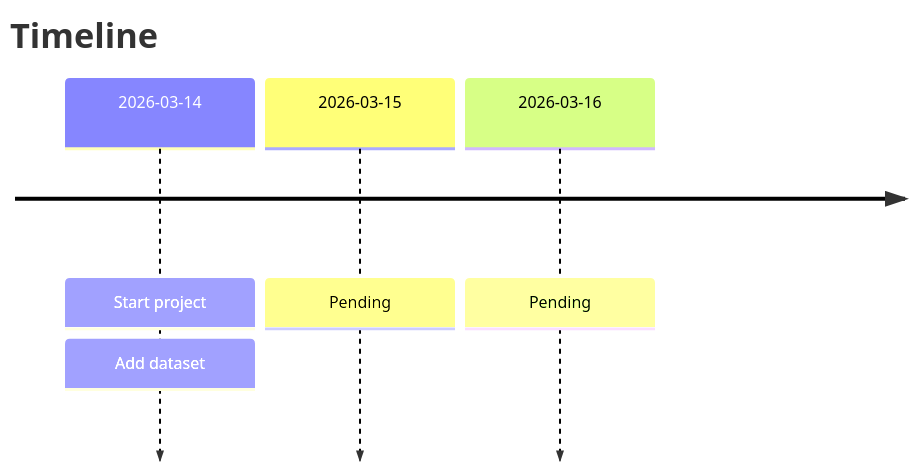
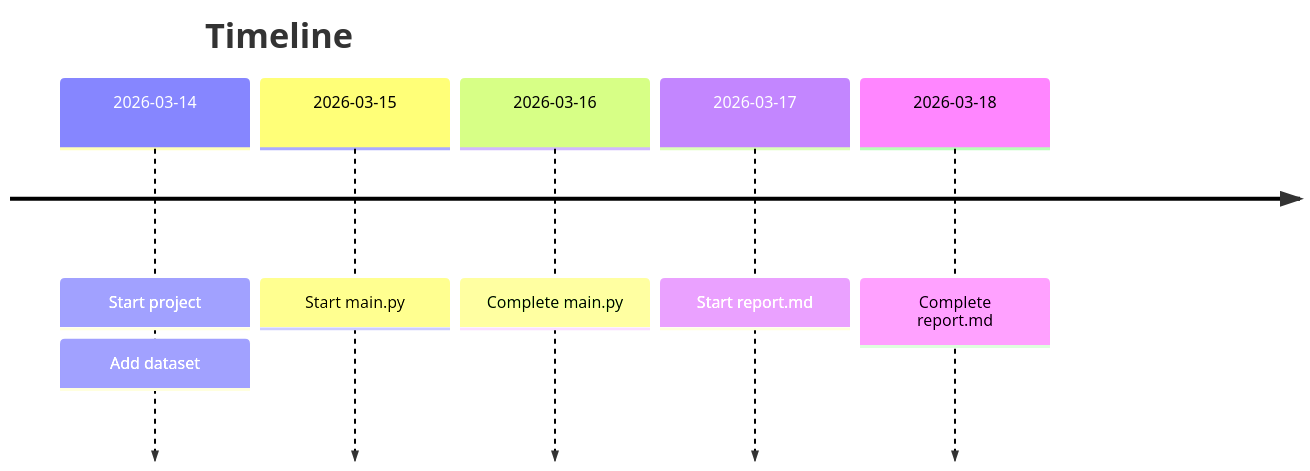
One commit to TheChroniclerr/CP322 changed the diagram in course_project/project_management/timeline.md. Above: the diagram before and after it, drawn with Mermaid. The commit also changed other lines of this file and 17 other files, not shown here.

````diff
--- a/course_project/project_management/timeline.md
+++ b/course_project/project_management/timeline.md
@@ -2,8 +2,10 @@
 ```mermaid
 timeline
     title Timeline
     2026-03-14 : Start project
         : Add dataset
-    2026-03-15 : Pending
-    2026-03-16 : Pending
+    2026-03-15 : Start main.py
+    2026-03-16 : Complete main.py
+    2026-03-17 : Start report.md
+    2026-03-18 : Complete report.md
 ```
````
